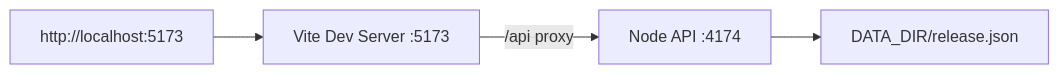
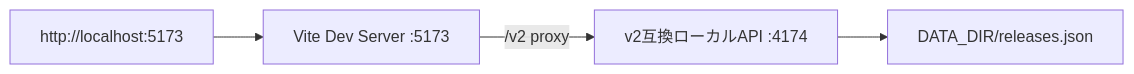
Before and after one commit to aion0721/release-hub: the second of 5 diagrams in docs/basic-design.md, drawn with Mermaid. The commit also changed other lines of this file and 13 other files, not shown here.

Commit message:
Connect Release Hub to light API v2

````diff
--- a/docs/basic-design.md
+++ b/docs/basic-design.md
@@ -31,6 +30,6 @@
 ```mermaid
 flowchart LR
   Browser["http://localhost:5173"] --> Vite["Vite Dev Server :5173"]
-  Vite -->|/api proxy| API["Node API :4174"]
-  API --> JSON["DATA_DIR/release.json"]
+  Vite -->|/v2 proxy| API["v2互換ローカルAPI :4174"]
+  API --> JSON["DATA_DIR/releases.json"]
 ```
````
